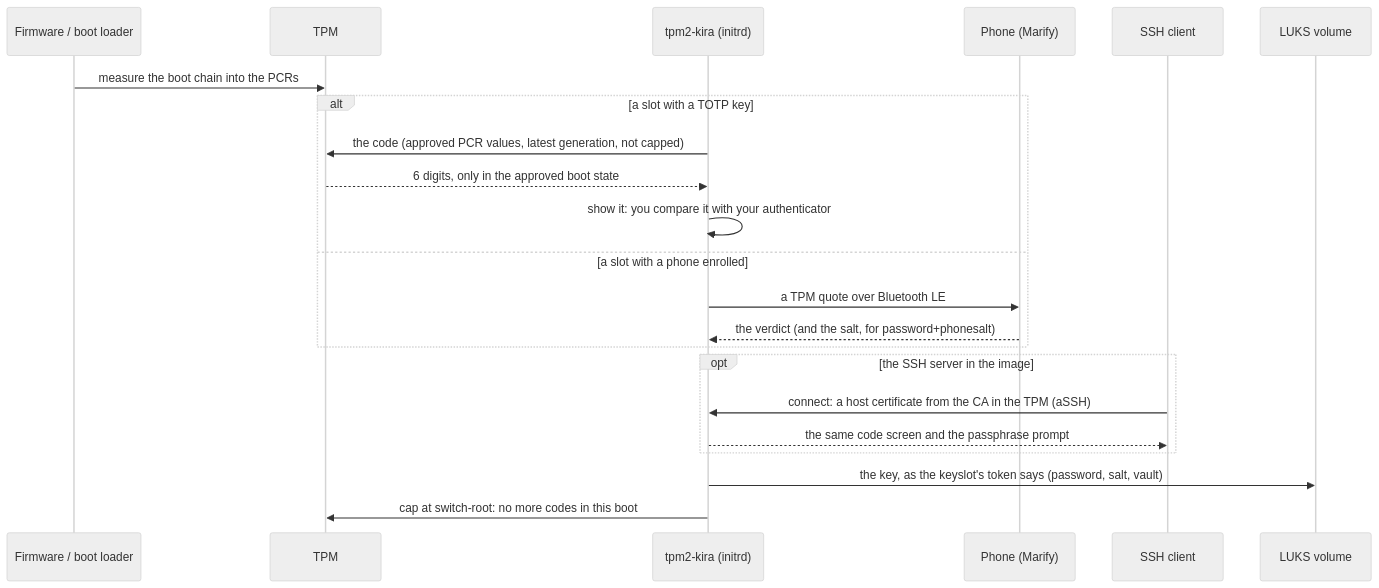
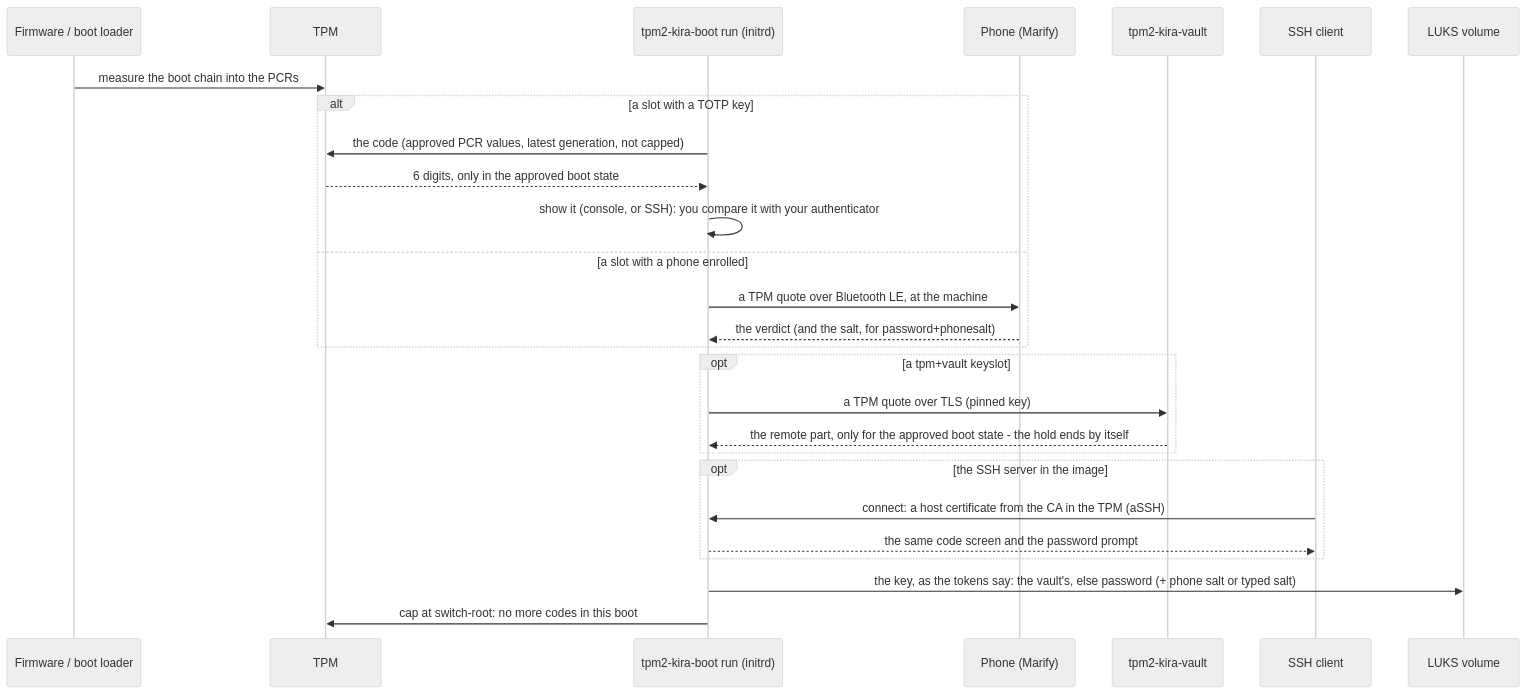
Before and after one commit to mrwiora/tpm2-kira: the second of 2 diagrams in README.md, drawn with Mermaid (neutral theme). The commit also changed other lines of this file and 3 other files, not shown here.

First line of the commit message:
docs: ARCHITECTURE.md and TESTING.md; the README's diagrams as they are

````diff
--- a/README.md
+++ b/README.md
@@ -494,24 +500,29 @@
 ```mermaid
 sequenceDiagram
   participant FW as Firmware / boot loader
   participant TPM
-  participant K as tpm2-kira (initrd)
+  participant K as tpm2-kira-boot run (initrd)
   participant P as Phone (Marify)
+  participant V as tpm2-kira-vault
   participant S as SSH client
   participant D as LUKS volume
   FW->>TPM: measure the boot chain into the PCRs
   alt a slot with a TOTP key
     K->>TPM: the code (approved PCR values, latest generation, not capped)
     TPM-->>K: 6 digits, only in the approved boot state
-    K->>K: show it: you compare it with your authenticator
+    K->>K: show it (console, or SSH): you compare it with your authenticator
   else a slot with a phone enrolled
-    K->>P: a TPM quote over Bluetooth LE
+    K->>P: a TPM quote over Bluetooth LE, at the machine
     P-->>K: the verdict (and the salt, for password+phonesalt)
+  end
+  opt a tpm+vault keyslot
+    K->>V: a TPM quote over TLS (pinned key)
+    V-->>K: the remote part, only for the approved boot state - the hold ends by itself
   end
   opt the SSH server in the image
     S->>K: connect: a host certificate from the CA in the TPM (aSSH)
-    K-->>S: the same code screen and the passphrase prompt
+    K-->>S: the same code screen and the password prompt
   end
-  K->>D: the key, as the keyslot's token says (password, salt, vault)
+  K->>D: the key, as the tokens say: the vault's, else password (+ phone salt or typed salt)
   K->>TPM: cap at switch-root: no more codes in this boot
 ```
````
